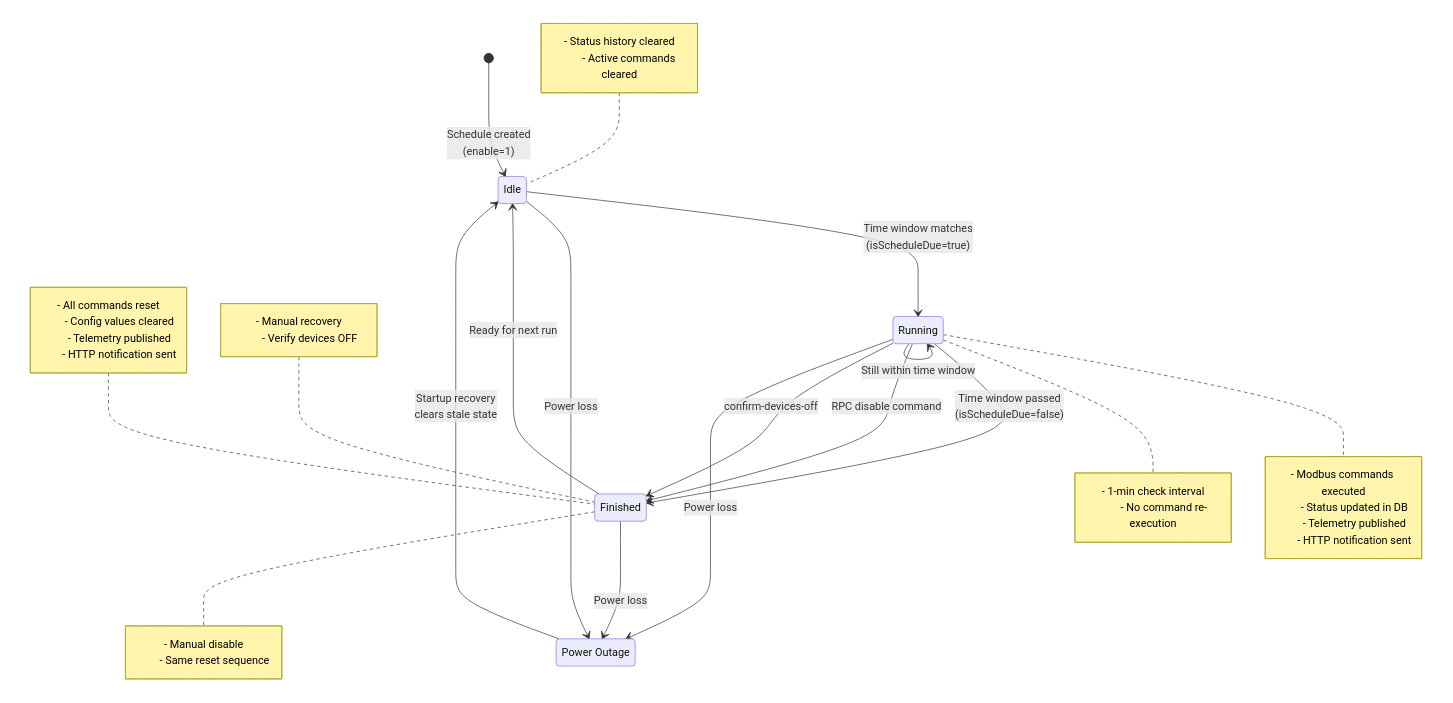
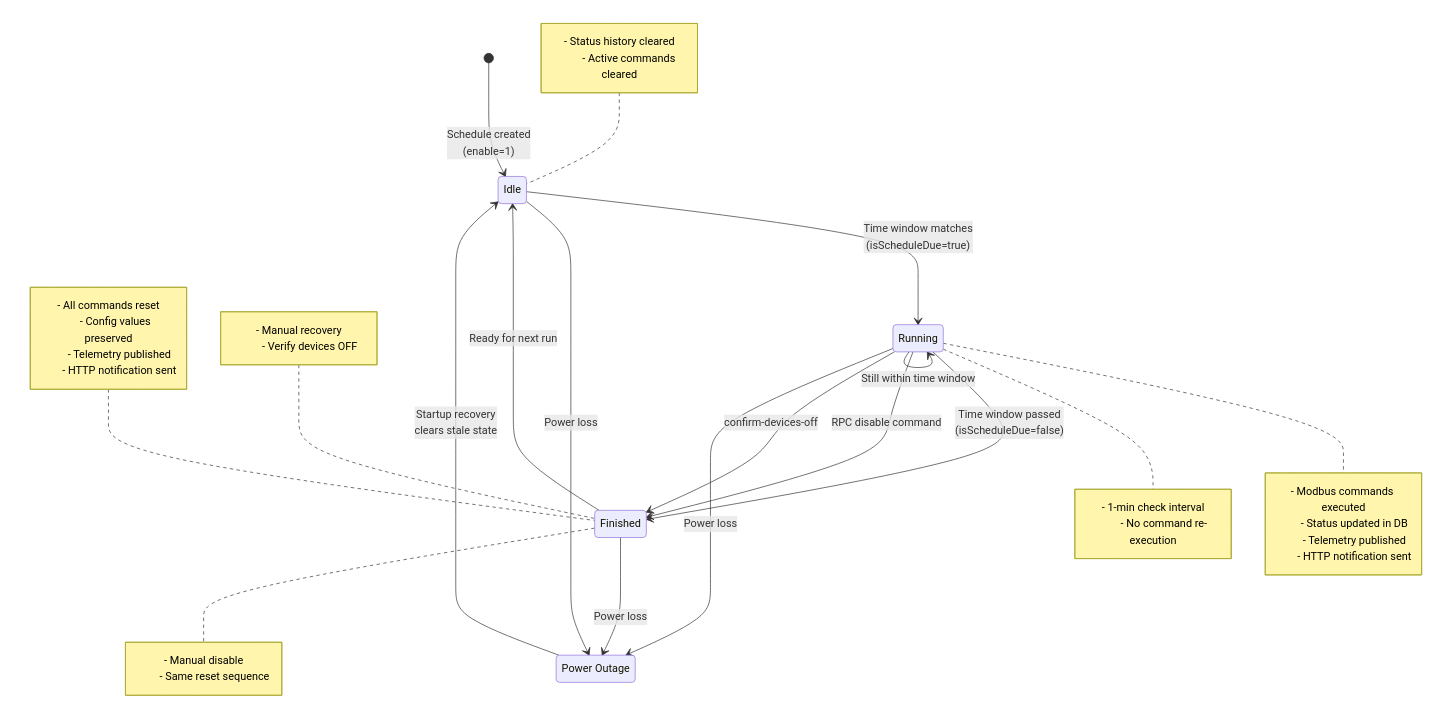
The fourth of 19 diagrams in src/modules/viis-schedule-executor/docs/FLOW-DOCUMENTATION.md (VIIS-IOT/viis-node-red), drawn with Mermaid before and after one commit. The commit also changed other lines of this file and 16 other files, not shown here.

````diff
--- a/src/modules/viis-schedule-executor/docs/FLOW-DOCUMENTATION.md
+++ b/src/modules/viis-schedule-executor/docs/FLOW-DOCUMENTATION.md
@@ -317,51 +317,51 @@
 ```mermaid
 stateDiagram-v2
     [*] --> Idle: Schedule created<br/>(enable=1)
-    
+
     Idle --> Running: Time window matches<br/>(isScheduleDue=true)
     Note right of Running
         - Modbus commands executed
         - Status updated in DB
         - Telemetry published
         - HTTP notification sent
     end Note
-    
+
     Running --> Running: Still within time window
     Note right of Running
         - 1-min check interval
         - No command re-execution
     end Note
-    
+
     Running --> Finished: Time window passed<br/>(isScheduleDue=false)
     Note left of Finished
         - All commands reset
-        - Config values cleared
+      - Config values preserved
         - Telemetry published
         - HTTP notification sent
     end Note
-    
+
     Finished --> Idle: Ready for next run
     Note left of Idle
         - Status history cleared
         - Active commands cleared
     end Note
-    
+
     Running --> Finished: RPC disable command
     Note right of Finished
         - Manual disable
         - Same reset sequence
     end Note
-    
+
     Running --> Finished: confirm-devices-off
     Note left of Finished
         - Manual recovery
         - Verify devices OFF
     end Note
-    
+
     state "Power Outage" as PO
     PO --> Idle: Startup recovery<br/>clears stale state
-    
+
     Idle --> PO: Power loss
     Running --> PO: Power loss
     Finished --> PO: Power loss
 ```
````
